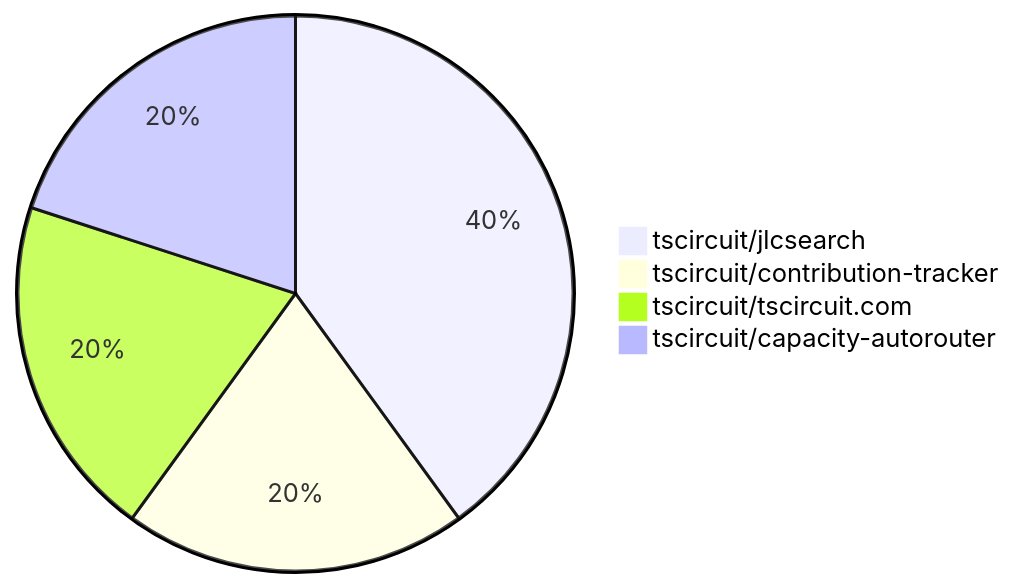
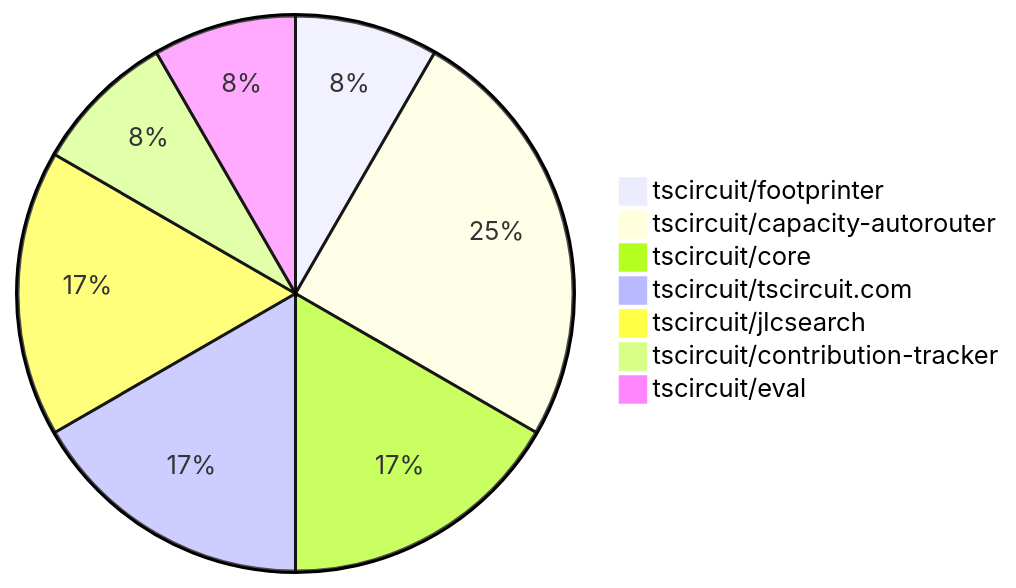
Before and after one commit to tscircuit/contribution-tracker: the diagram in README.md, drawn with Mermaid. The commit also changed other lines of this file and 2 other files, not shown here.

````diff
--- a/README.md
+++ b/README.md
@@ -24,7 +24,10 @@
 ```mermaid
 pie
+    "tscircuit/footprinter" : 1
+    "tscircuit/capacity-autorouter" : 3
+    "tscircuit/core" : 2
+    "tscircuit/tscircuit.com" : 2
     "tscircuit/jlcsearch" : 2
     "tscircuit/contribution-tracker" : 1
-    "tscircuit/tscircuit.com" : 1
-    "tscircuit/capacity-autorouter" : 1
+    "tscircuit/eval" : 1
 ```
````
